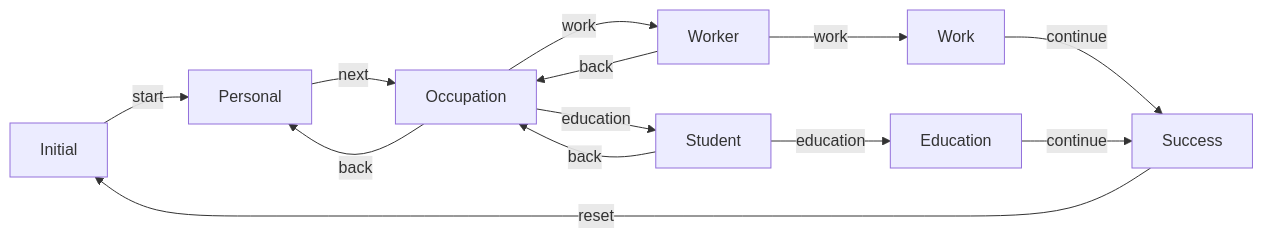
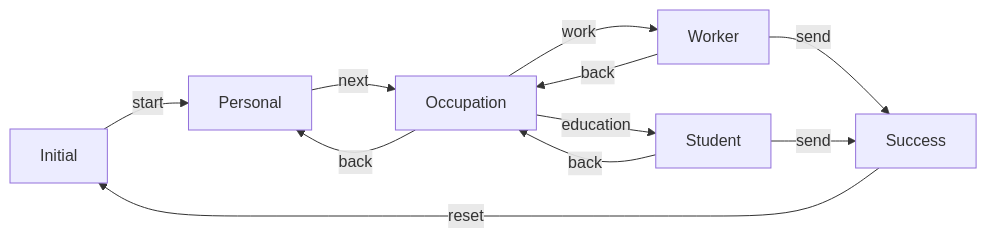
Before and after one commit to densorokin/state-machine-implementation: the diagram in README.md, drawn with Mermaid.

Commit message:
refactor: readme.md

````diff
--- a/README.md
+++ b/README.md
@@ -49,15 +49,13 @@
 ```mermaid
 graph LR;
-      Initial -- start --> Personal;
-      Personal -- next --> Occupation;
-      Occupation -- back --> Personal;
-      Occupation -- work --> Worker;
-			Occupation -- education --> Student;
-			Student -- back --> Occupation;
-			Worker -- back --> Occupation;
-			Worker -- work --> Work;
-			Student -- education --> Education;
-			Work -- continue --> Success;
-			Education -- continue--> Success;
-			Success -- reset --> Initial;
+	Initial -- start --> Personal;
+	Personal -- next --> Occupation;
+	Occupation -- back --> Personal;
+	Occupation -- work --> Worker;
+	Occupation -- education --> Student;
+	Student -- back --> Occupation;
+	Worker -- back --> Occupation;
+	Worker -- send --> Success;
+	Student -- send --> Success;
+	Success -- reset --> Initial;
 ```
````
